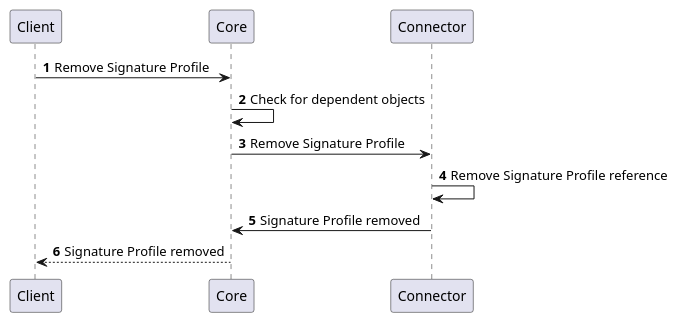
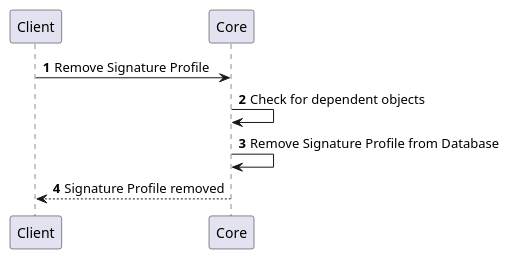
The eighth of 9 diagrams in docs/10-certificate-key/12-connectors/31-signature-provider.md (KaterinaBzatkova/CZERTAINLY-Documentation), drawn with PlantUML before and after one commit. The commit also changed other lines of this file, not shown here.

````diff
--- a/docs/10-certificate-key/12-connectors/31-signature-provider.md
+++ b/docs/10-certificate-key/12-connectors/31-signature-provider.md
@@ -81,12 +145,10 @@
 ```plantuml
     @startuml
     autonumber
     skinparam topurl https://docs.czertainly.com/api/
         Client -> Core [[core-client-operations/#tag/v2-Client-Operations/operation/revokeCertificate]]: Remove Signature Profile
         Core -> Core: Check for dependent objects
-        Core -> Connector [[connector-authority-provider-v2/#tag/Certificate-Management/operation/validateRevokeCertificateAttributes]]: Remove Signature Profile
-        Connector -> Connector: Remove Signature Profile reference
-        Connector -> Core: Signature Profile removed
+        Core -> Core:  Remove Signature Profile from Database
         Core --> Client: Signature Profile removed
     @enduml
 ```
````
